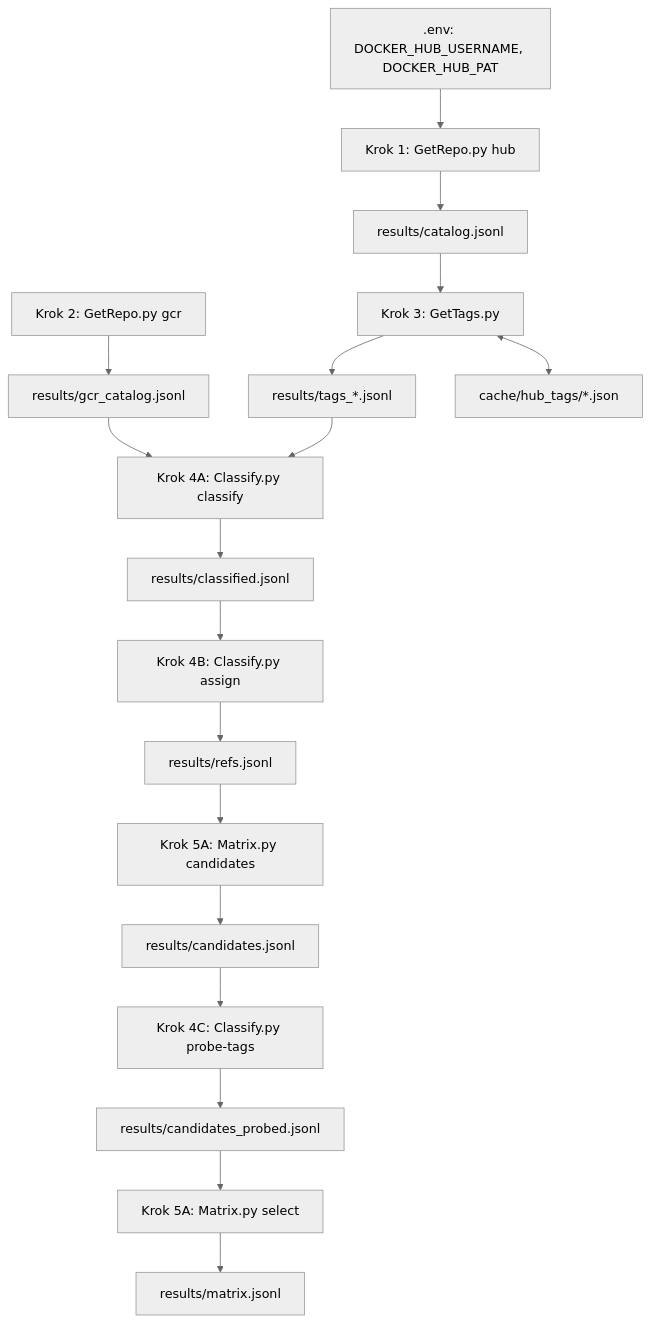
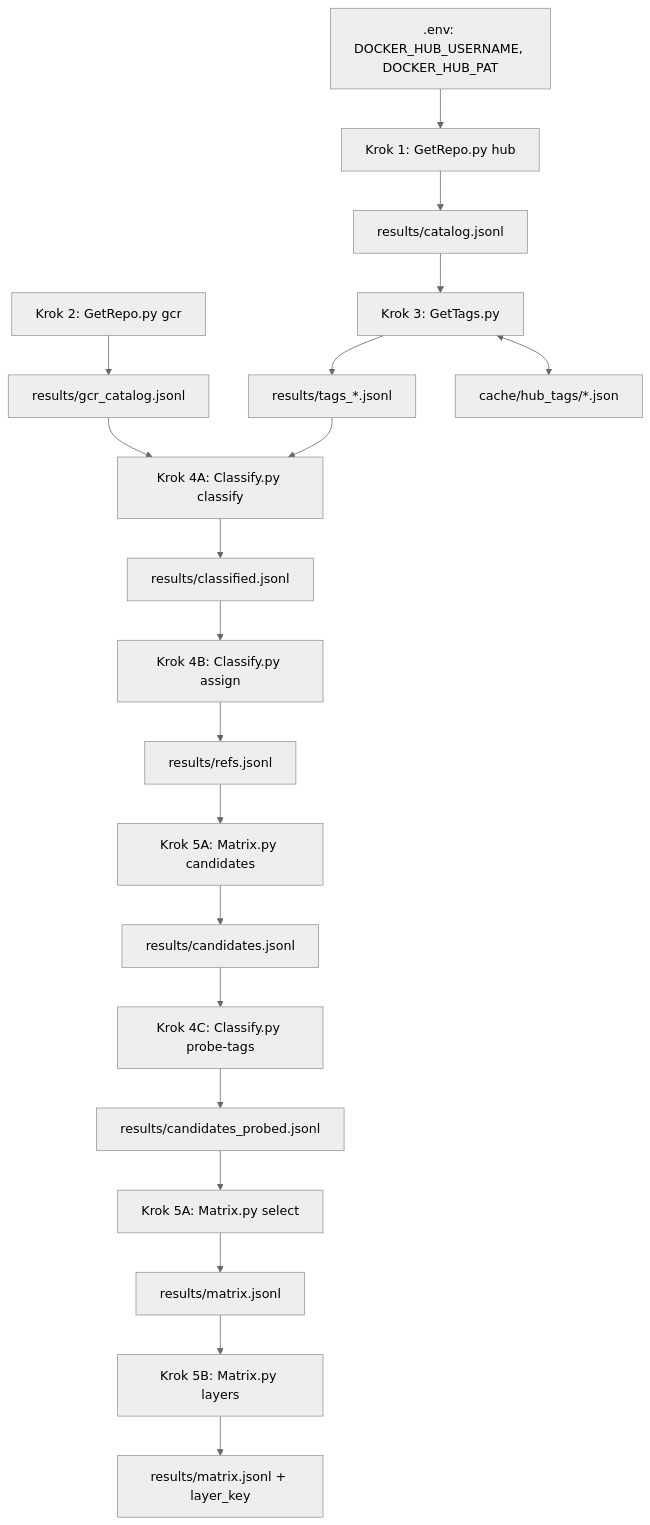
The diagram in docs/KOD.md (Sonic-kw/Container_Image_Analyzer), drawn with Mermaid (neutral theme) before and after one commit. The commit also changed other lines of this file, not shown here.

First line of the commit message:
docs(kod): document Matrix.py layers

````diff
--- a/docs/KOD.md
+++ b/docs/KOD.md
@@ -35,20 +35,22 @@
 ```mermaid
 flowchart TD
   env[".env: DOCKER_HUB_USERNAME, DOCKER_HUB_PAT"] --> k1
   k1["Krok 1: GetRepo.py hub"] --> cat["results/catalog.jsonl"]
   k2["Krok 2: GetRepo.py gcr"] --> gcat["results/gcr_catalog.jsonl"]
   cat --> k3["Krok 3: GetTags.py"]
   k3 --> tags["results/tags_*.jsonl"]
   k3 <--> tcache["cache/hub_tags/*.json"]
   tags --> k4a["Krok 4A: Classify.py classify"]
   gcat --> k4a
   k4a --> cls["results/classified.jsonl"]
   cls --> k4b["Krok 4B: Classify.py assign"]
   k4b --> refs["results/refs.jsonl"]
   refs --> k5c["Krok 5A: Matrix.py candidates"]
   k5c --> cand["results/candidates.jsonl"]
   cand --> k4c["Krok 4C: Classify.py probe-tags"]
   k4c --> probed["results/candidates_probed.jsonl"]
   probed --> k5s["Krok 5A: Matrix.py select"]
   k5s --> matrix["results/matrix.jsonl"]
+  matrix --> k5l["Krok 5B: Matrix.py layers"]
+  k5l --> matrix2["results/matrix.jsonl + layer_key"]
 ```
````
